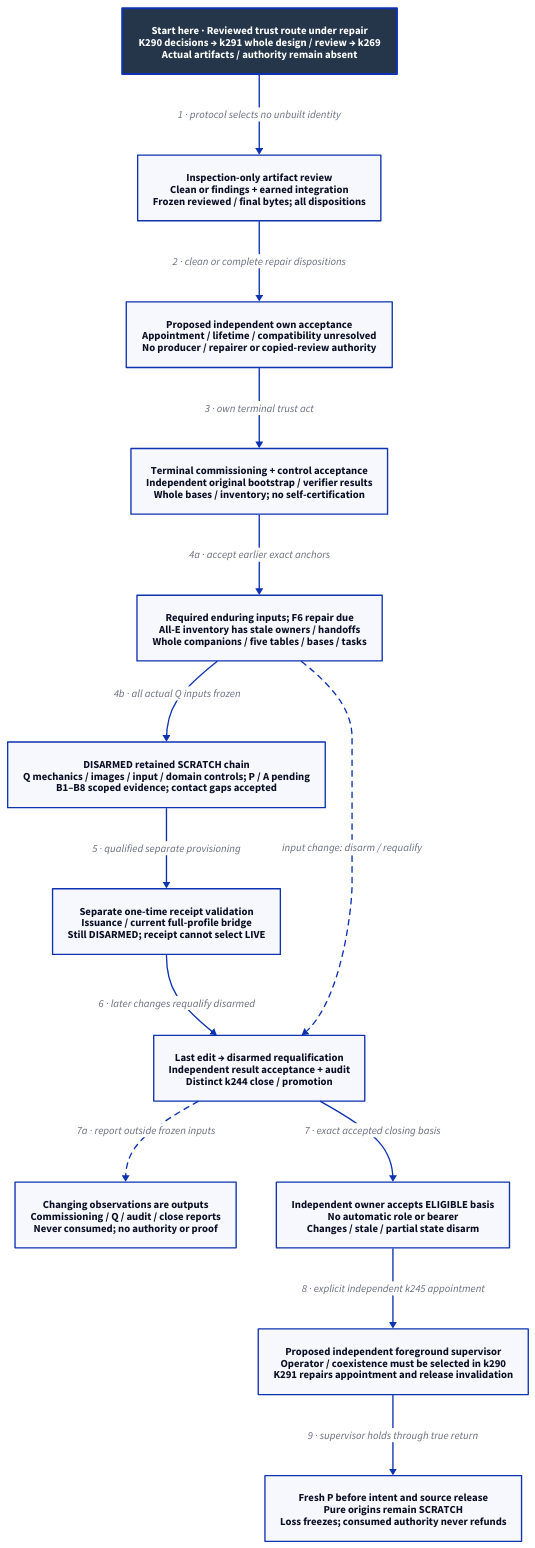
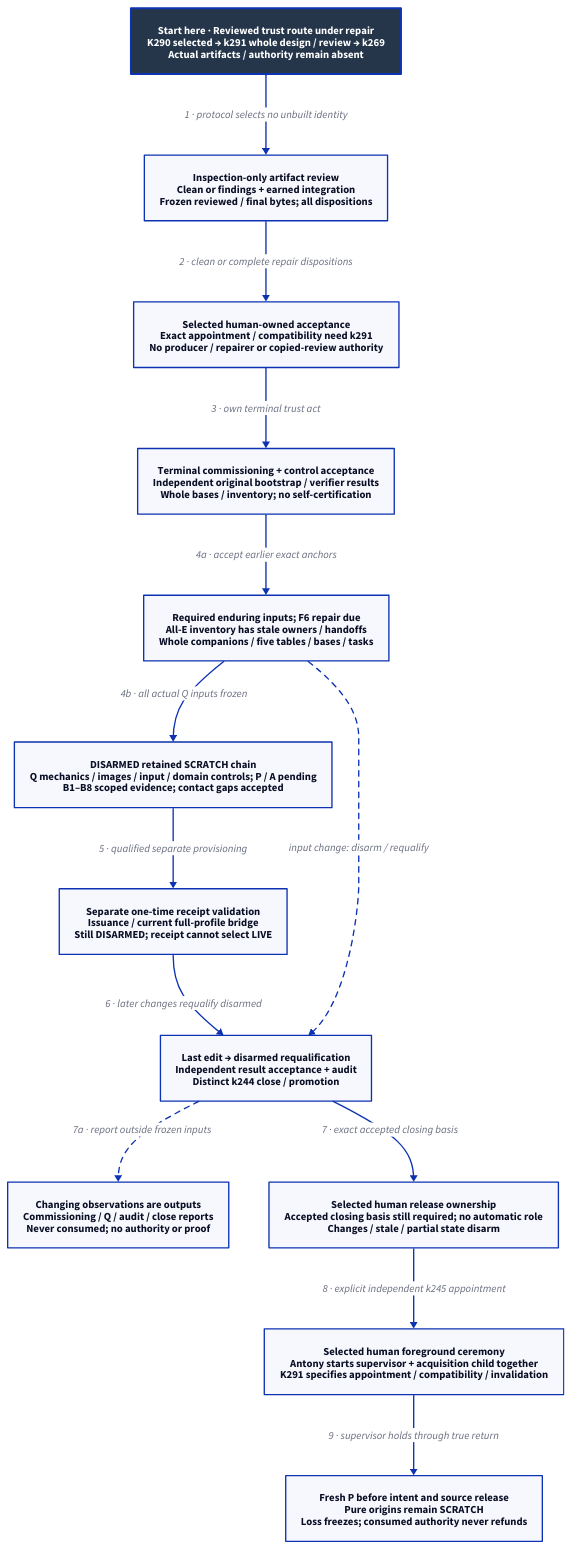
One commit to Linkuistics/Koine changed the diagram in docs/design/architecture/native-reference-proof.d2. Above: the diagram before and after it, drawn with D2. The commit also changed 18 other files, not shown here.

```diff
--- a/docs/design/architecture/native-reference-proof.d2
+++ b/docs/design/architecture/native-reference-proof.d2
@@ -1,29 +1,29 @@
 # Proposed dependency flow; root, tools and controls remain unqualified.
 direction: down
 classes: {
   start: {style: {fill: "#25364B"; font-color: "#FFFFFF"; bold: true; stroke-width: 3}}
 }
-Start: "Start here · Reviewed trust route under repair\nK290 decisions → k291 whole design / review → k269\nActual artifacts / authority remain absent" {class: start}
+Start: "Start here · Reviewed trust route under repair\nK290 selected → k291 whole design / review → k269\nActual artifacts / authority remain absent" {class: start}
 Review: "Inspection-only artifact review\nClean or findings + earned integration\nFrozen reviewed / final bytes; all dispositions"
-Owner: "Proposed independent own acceptance\nAppointment / lifetime / compatibility unresolved\nNo producer / repairer or copied-review authority"
+Owner: "Selected human-owned acceptance\nExact appointment / compatibility need k291\nNo producer / repairer or copied-review authority"
 Self: "Terminal commissioning + control acceptance\nIndependent original bootstrap / verifier results\nWhole bases / inventory; no self-certification"
 Qualification: "DISARMED retained SCRATCH chain\nQ mechanics / images / input / domain controls; P / A pending\nB1–B8 scoped evidence; contact gaps accepted"
 Inputs: "Required enduring inputs; F6 repair due\nAll-E inventory has stale owners / handoffs\nWhole companions / five tables / bases / tasks"
 Report: "Changing observations are outputs\nCommissioning / Q / audit / close reports\nNever consumed; no authority or proof"
 Receipt: "Separate one-time receipt validation\nIssuance / current full-profile bridge\nStill DISARMED; receipt cannot select LIVE"
 Final: "Last edit → disarmed requalification\nIndependent result acceptance + audit\nDistinct k244 close / promotion"
-Release: "Independent owner accepts ELIGIBLE basis\nNo automatic role or bearer\nChanges / stale / partial state disarm"
-Channel: "Proposed independent foreground supervisor\nOperator / coexistence must be selected in k290\nK291 repairs appointment and release invalidation"
+Release: "Selected human release ownership\nAccepted closing basis still required; no automatic role\nChanges / stale / partial state disarm"
+Channel: "Selected human foreground ceremony\nAntony starts supervisor + acquisition child together\nK291 specifies appointment / compatibility / invalidation"
 Boundary: "Fresh P before intent and source release\nPure origins remain SCRATCH\nLoss freezes; consumed authority never refunds"
 Start -> Review: "1 · protocol selects no unbuilt identity"
 Review -> Owner: "2 · clean or complete repair dispositions"
 Owner -> Self: "3 · own terminal trust act"
 Self -> Inputs: "4a · accept earlier exact anchors"
 Inputs -> Qualification: "4b · all actual Q inputs frozen"
 Qualification -> Receipt: "5 · qualified separate provisioning"
 Receipt -> Final: "6 · later changes requalify disarmed"
 Final -> Release: "7 · exact accepted closing basis"
 Final -> Report: "7a · report outside frozen inputs" {style.stroke-dash: 4}
 Inputs -> Final: "input change: disarm / requalify" {style.stroke-dash: 4}
 Release -> Channel: "8 · explicit independent k245 appointment"
 Channel -> Boundary: "9 · supervisor holds through true return"
```
